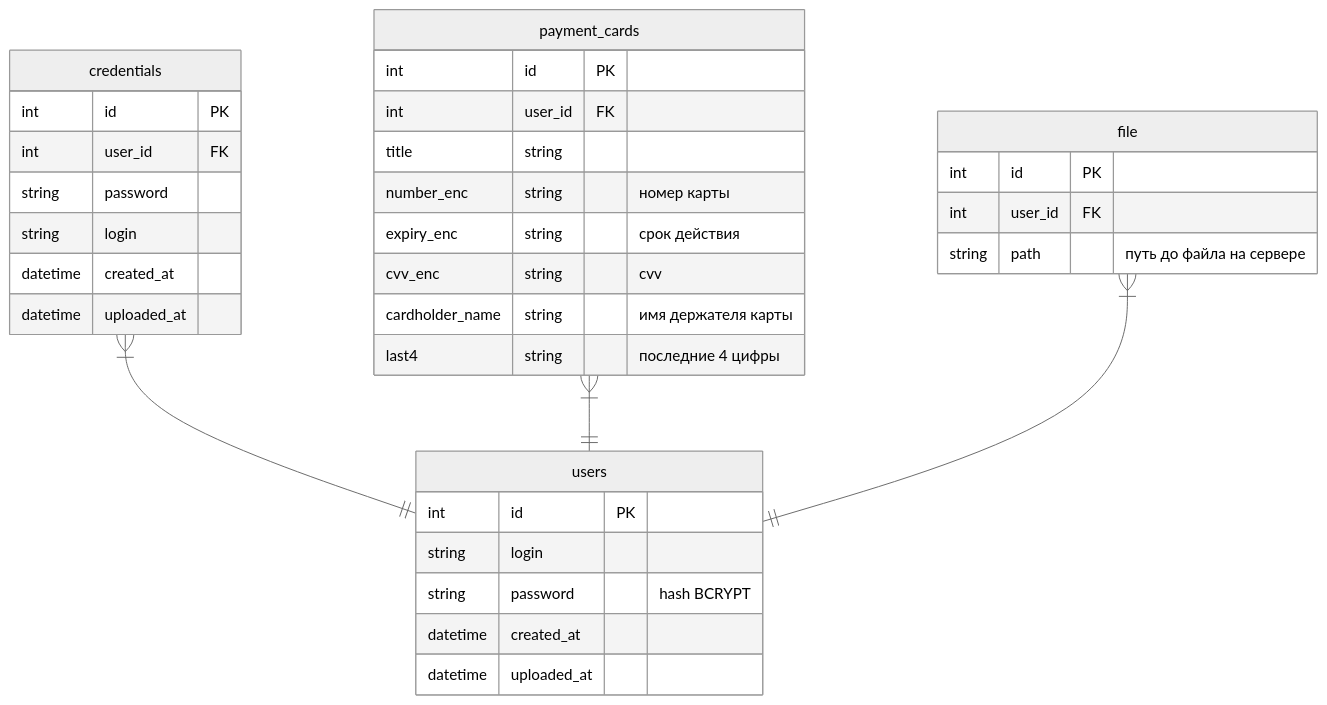
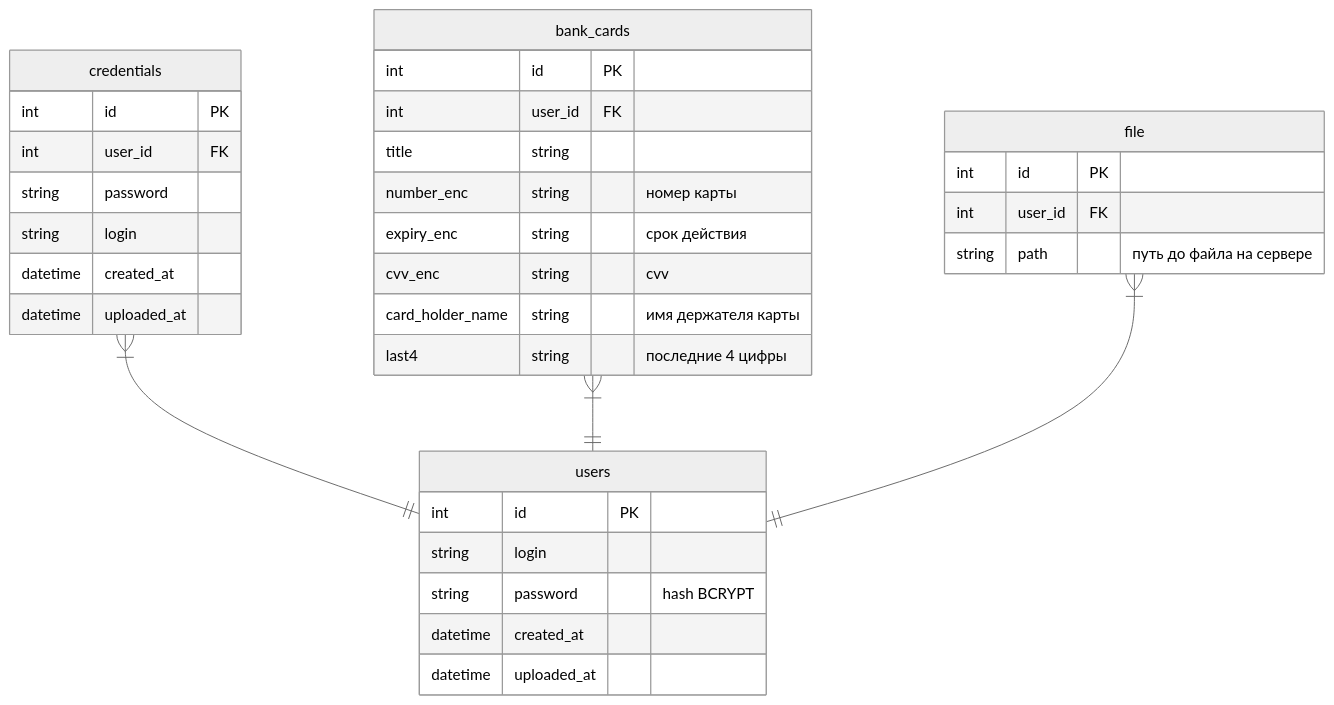
The diagram in doc/dm.md (xboxser/GophKeeper), drawn with Mermaid before and after one commit. The commit also changed 15 other files, not shown here.

````diff
--- a/doc/dm.md
+++ b/doc/dm.md
@@ -3,42 +3,42 @@
 ```mermaid
 ---
 config:
   theme: neutral
 ---
 erDiagram
 	direction TB
 	credentials {
 		int id PK ""  
         int user_id FK ""  
 		string password  ""  
         string login  ""  
 		datetime created_at  ""  
 		datetime uploaded_at  ""  
 	}
 	users {
 		int id PK ""  
 		string login  ""  
 		string password  "hash BCRYPT"  
 		datetime created_at  ""  
 		datetime uploaded_at  ""  
 	}
-    payment_cards {
+    bank_cards {
         int id PK ""  
         int user_id FK ""  
         title string  ""
         number_enc string  "номер карты"  
         expiry_enc string  "срок действия"
         cvv_enc string  "cvv"
-        cardholder_name string  "имя держателя карты"
+        card_holder_name string  "имя держателя карты"
         last4 string  "последние 4 цифры"
     }
     file {
         int id PK ""
         int user_id FK ""
         string path "путь до файла на сервере"
     }
 	credentials}|--||users:"  "
-    payment_cards}|--||users:"  "
+    bank_cards}|--||users:"  "
     file}|--||users:"  "
 
 ```
````
